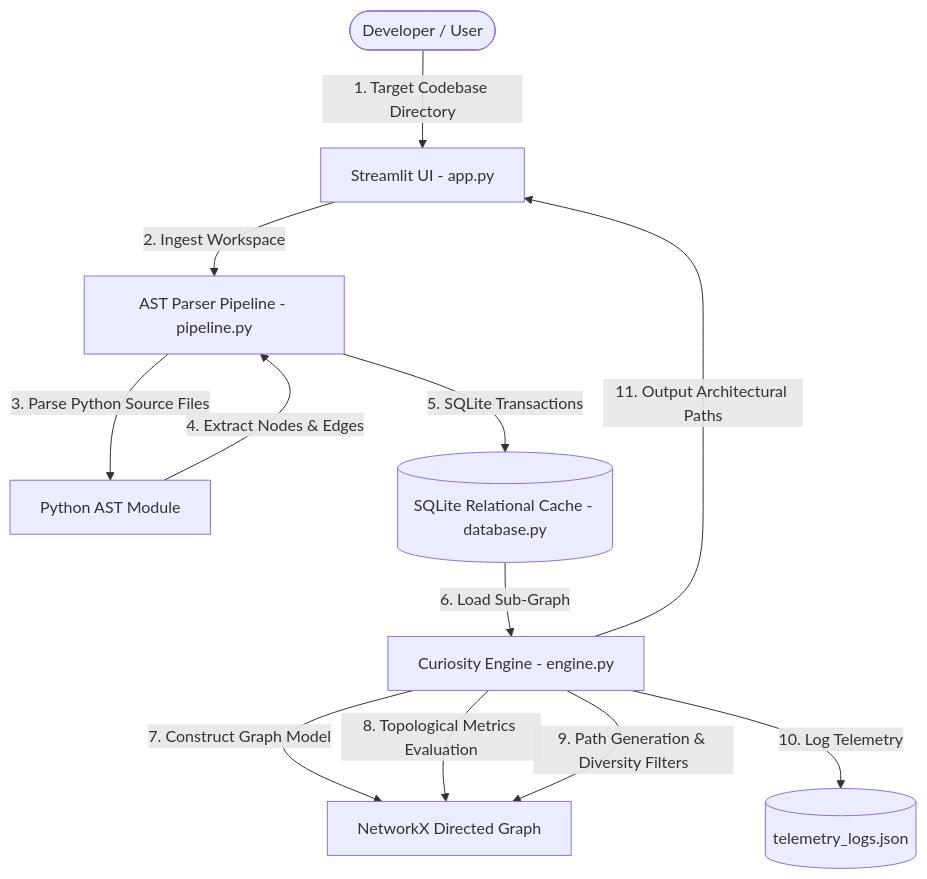
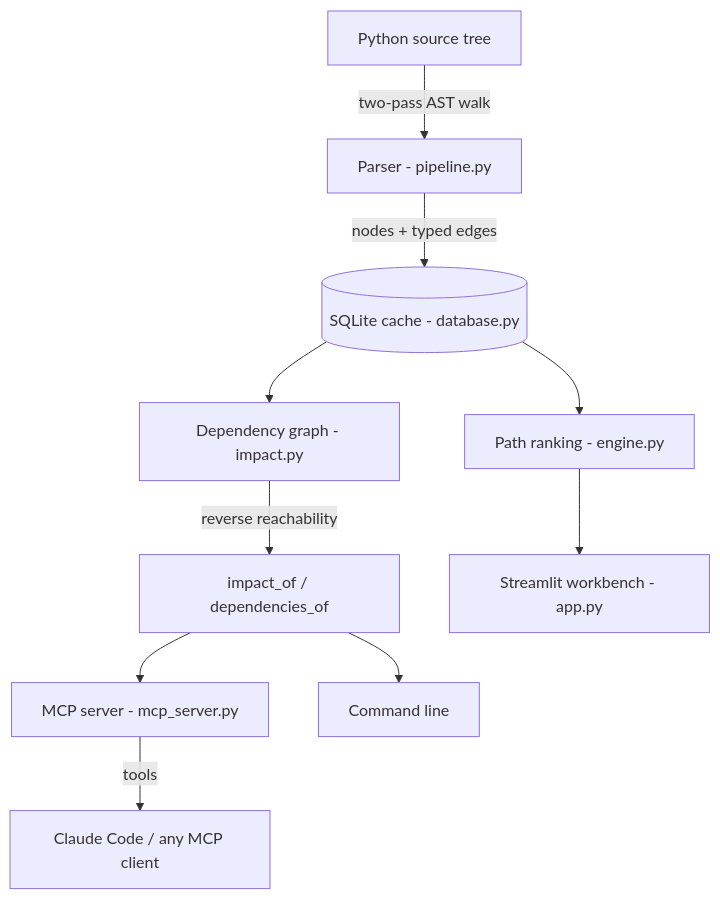
The diagram in README.md (mayankbhojwani/Discovery-Graph), drawn with Mermaid before and after one commit. The commit also changed other lines of this file and 6 other files, not shown here.

````diff
--- a/README.md
+++ b/README.md
@@ -13,14 +21,12 @@
 ```mermaid
 graph TD
-    User([Developer / User]) -->|1. Target Codebase Directory| UI[Streamlit UI - app.py]
-    UI -->|2. Ingest Workspace| PL[AST Parser Pipeline - pipeline.py]
-    PL -->|3. Parse Python Source Files| AST[Python AST Module]
-    AST -->|4. Extract Nodes & Edges| PL
-    PL -->|5. SQLite Transactions| DB[(SQLite Relational Cache - database.py)]
-    DB -->|6. Load Sub-Graph| EG[Curiosity Engine - engine.py]
-    EG -->|7. Construct Graph Model| NX[NetworkX Directed Graph]
-    EG -->|8. Topological Metrics Evaluation| NX
-    EG -->|9. Path Generation & Diversity Filters| NX
-    EG -->|10. Log Telemetry| TM[(telemetry_logs.json)]
-    EG -->|11. Output Architectural Paths| UI
+    Src[Python source tree] -->|two-pass AST walk| PL[Parser - pipeline.py]
+    PL -->|nodes + typed edges| DB[(SQLite cache - database.py)]
+    DB --> IM[Dependency graph - impact.py]
+    IM -->|reverse reachability| Q[impact_of / dependencies_of]
+    Q --> MCP[MCP server - mcp_server.py]
+    Q --> CLI[Command line]
+    MCP -->|tools| AI[Claude Code / any MCP client]
+    DB --> EG[Path ranking - engine.py]
+    EG --> UI[Streamlit workbench - app.py]
 ```
````
